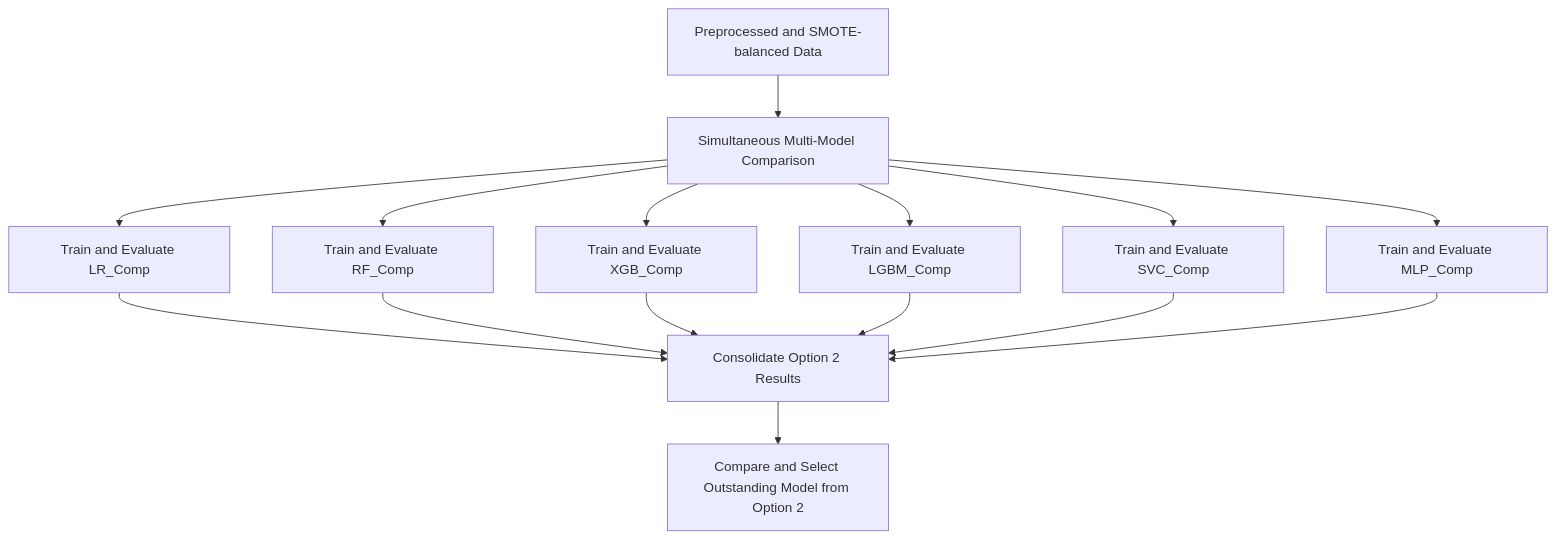
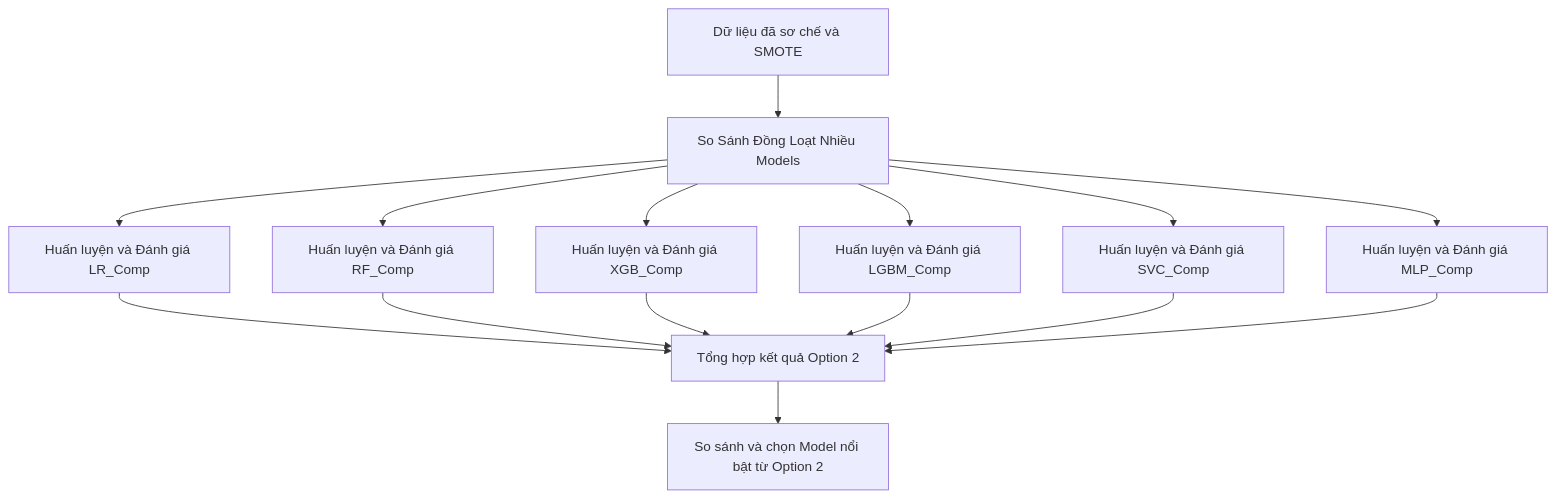
One commit to ShayNeeo/confess-crush changed the sixth of 8 diagrams in question.md. Above: the diagram before and after it, drawn with Mermaid. The commit also changed other lines of this file, not shown here.

````diff
--- a/question.md
+++ b/question.md
@@ -195,12 +151,12 @@
-```mermaid
-graph TD
-    A[Preprocessed and SMOTE-balanced Data] --> B[Simultaneous Multi-Model Comparison];
-    B --> LR[Train and Evaluate LR_Comp];
-    B --> RF[Train and Evaluate RF_Comp];
-    B --> XGB[Train and Evaluate XGB_Comp];
-    B --> LGBM[Train and Evaluate LGBM_Comp];
-    B --> SVC[Train and Evaluate SVC_Comp];
-    B --> MLP[Train and Evaluate MLP_Comp];
-    LR & RF & XGB & LGBM & SVC & MLP --> C[Consolidate Option 2 Results];
-    C --> D[Compare and Select Outstanding Model from Option 2];
-```
+      ```mermaid
+      graph TD
+          A[Dữ liệu đã sơ chế và SMOTE] --> B[So Sánh Đồng Loạt Nhiều Models];
+          B --> LR[Huấn luyện và Đánh giá LR_Comp];
+          B --> RF[Huấn luyện và Đánh giá RF_Comp];
+          B --> XGB[Huấn luyện và Đánh giá XGB_Comp];
+          B --> LGBM[Huấn luyện và Đánh giá LGBM_Comp];
+          B --> SVC[Huấn luyện và Đánh giá SVC_Comp];
+          B --> MLP[Huấn luyện và Đánh giá MLP_Comp];
+          LR & RF & XGB & LGBM & SVC & MLP --> C[Tổng hợp kết quả Option 2];
+          C --> D[So sánh và chọn Model nổi bật từ Option 2];
+      ```
````
